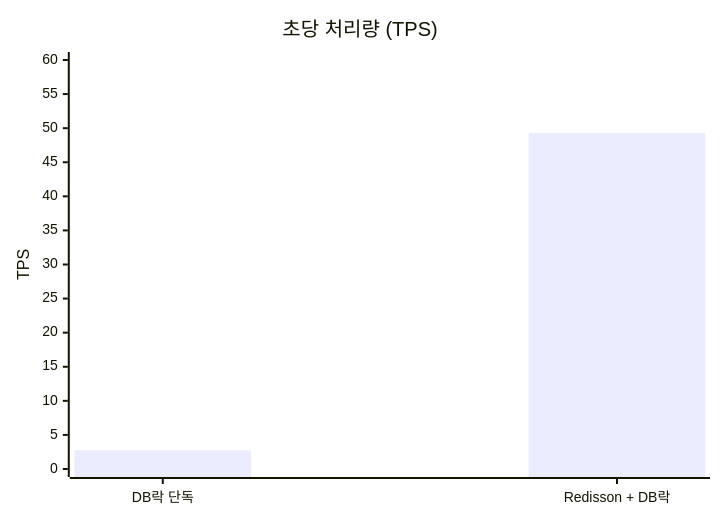
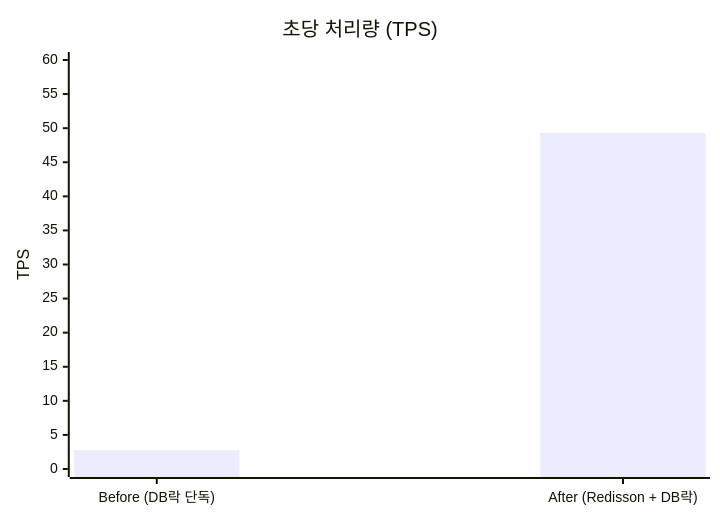
The first of 5 diagrams in docs/loadtest/README.md (jung32111/concurrent-banking-api), drawn with Mermaid before and after one commit. The commit also changed other lines of this file, not shown here.

````diff
--- a/docs/loadtest/README.md
+++ b/docs/loadtest/README.md
@@ -69,7 +94,7 @@
 ```mermaid
 xychart-beta
   title "초당 처리량 (TPS)"
-  x-axis ["DB락 단독", "Redisson + DB락"]
+  x-axis ["Before (DB락 단독)", "After (Redisson + DB락)"]
   y-axis "TPS" 0 --> 60
   bar [2.76, 49.3]
 ```
````
